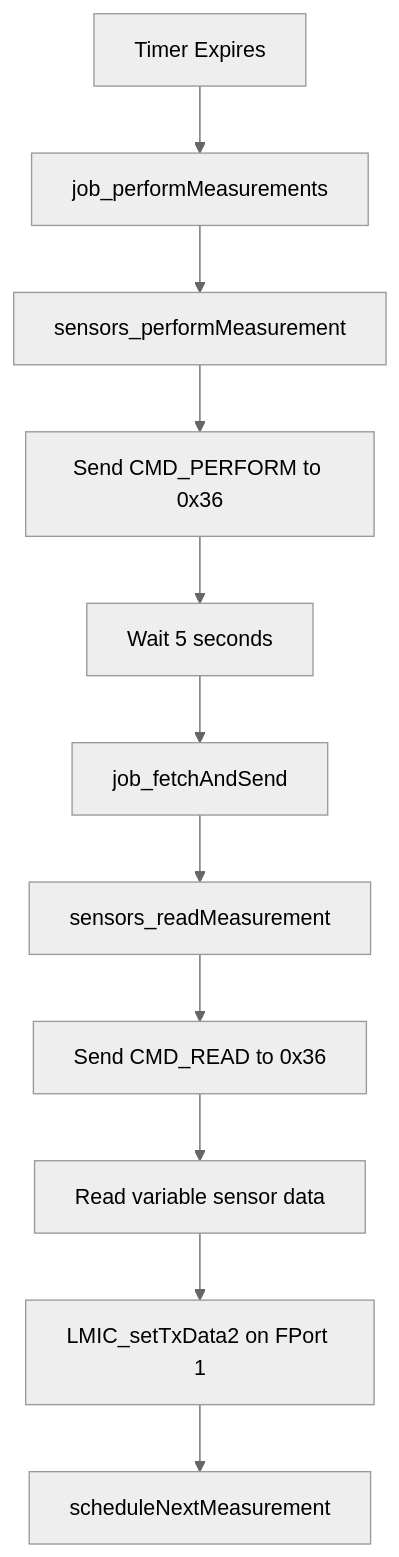
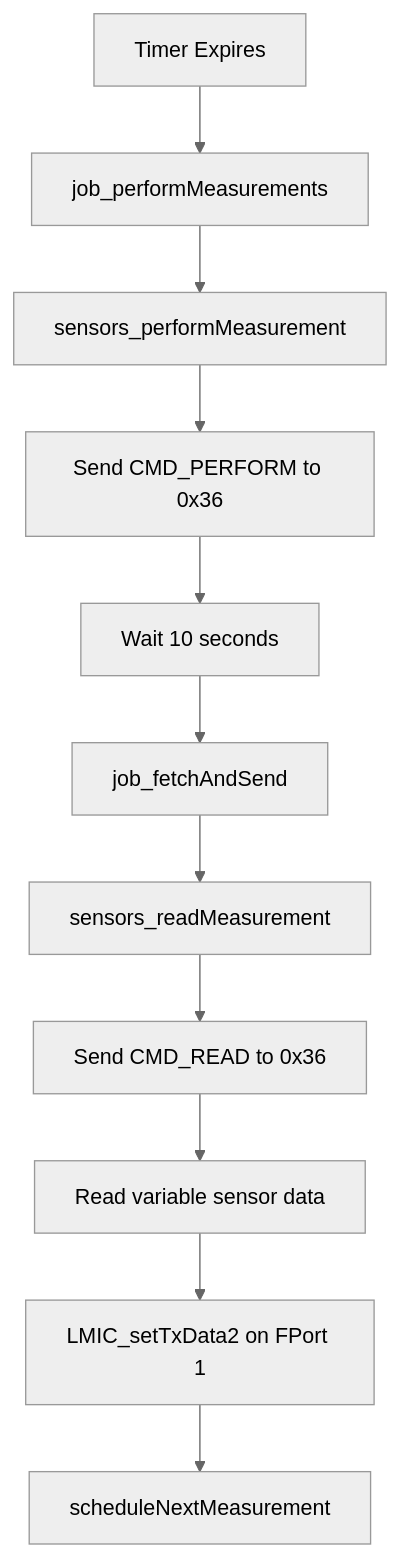
One commit to MrMisterMisterMister/MFM-docs changed the second of 3 diagrams in src/content/docs/firmware/architecture.md. Above: the diagram before and after it, drawn with Mermaid (neutral theme). The commit also changed other lines of this file and 3 other files, not shown here.

Commit message:
Update likec4 diagrams and content

````diff
--- a/src/content/docs/firmware/architecture.md
+++ b/src/content/docs/firmware/architecture.md
@@ -191,13 +229,13 @@
 ```mermaid
 graph TD
     A[Timer Expires] --> B[job_performMeasurements]
     B --> C[sensors_performMeasurement]
     C --> D[Send CMD_PERFORM to 0x36]
-    D --> E[Wait 5 seconds]
+    D --> E[Wait 10 seconds]
     E --> F[job_fetchAndSend]
     F --> G[sensors_readMeasurement]
     G --> H[Send CMD_READ to 0x36]
     H --> I[Read variable sensor data]
     I --> J[LMIC_setTxData2 on FPort 1]
     J --> K[scheduleNextMeasurement]
 ```
````
